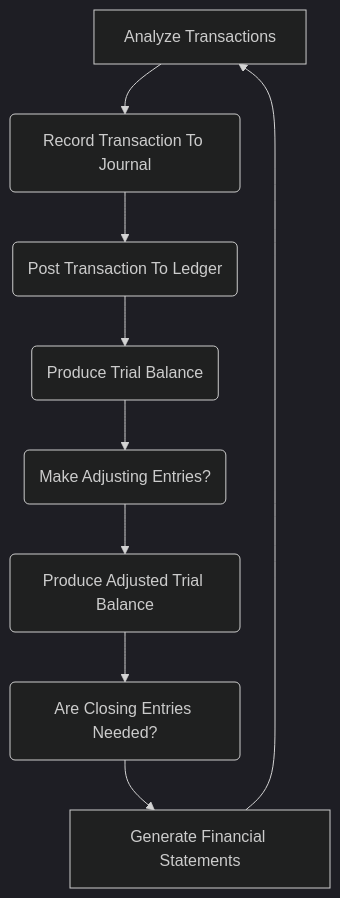
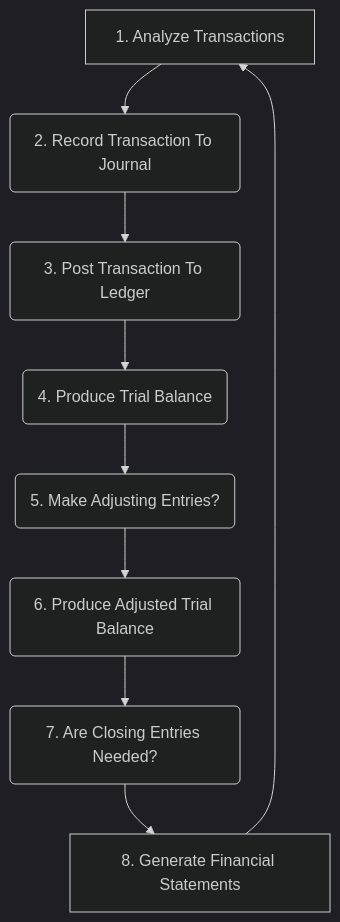
Before and after one commit to mcc-us/bookkeeping: the first of 2 diagrams in _posts/2023-12-25-accounting-cycle.md, drawn with Mermaid (dark theme). The commit also changed other lines of this file, not shown here.

````diff
--- a/_posts/2023-12-25-accounting-cycle.md
+++ b/_posts/2023-12-25-accounting-cycle.md
@@ -10,11 +8,11 @@
 ```mermaid
 graph TD
-    A[Analyze Transactions] --> B(Record Transaction To Journal)
-    B --> C(Post Transaction To Ledger)
-    C --> D(Produce Trial Balance)
-    D --> E(Make Adjusting Entries?)
-    E --> F(Produce Adjusted Trial Balance)
-    F --> G(Are Closing Entries Needed?)
-    G --> H[Generate Financial Statements]
+    A[1. Analyze Transactions] --> B(2. Record Transaction To Journal)
+    B --> C(3. Post Transaction To Ledger)
+    C --> D(4. Produce Trial Balance)
+    D --> E(5. Make Adjusting Entries?)
+    E --> F(6. Produce Adjusted Trial Balance)
+    F --> G(7. Are Closing Entries Needed?)
+    G --> H[8. Generate Financial Statements]
     H --> A
 ```
````
